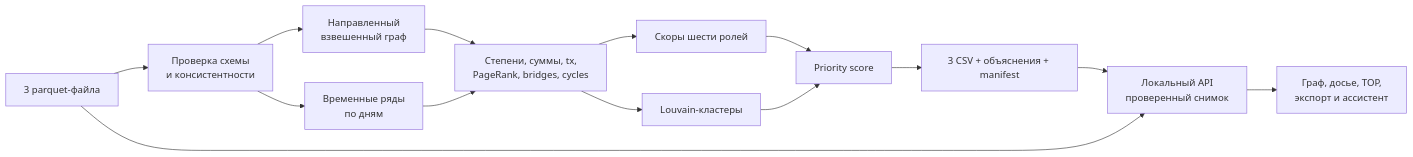
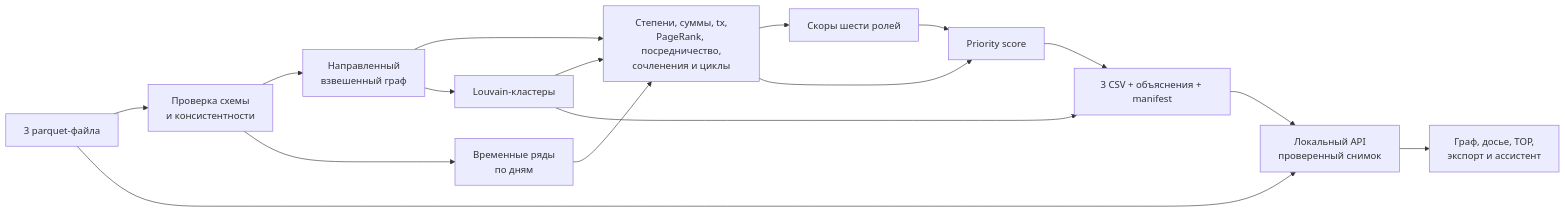
Before and after one commit to BAITC-Hacks/hack-0ac3a7a7-rmt: the diagram in README.md, drawn with Mermaid. The commit also changed other lines of this file and 1 other file, not shown here.

````diff
--- a/README.md
+++ b/README.md
@@ -88,16 +211,18 @@
 ```mermaid
 flowchart LR
     A[3 parquet-файла] --> B[Проверка схемы<br/>и консистентности]
     B --> C[Направленный<br/>взвешенный граф]
     B --> D[Временные ряды<br/>по дням]
-    C --> E[Степени, суммы, tx,<br/>PageRank, bridges, cycles]
+    C --> E[Степени, суммы, tx,<br/>PageRank, посредничество,<br/>сочленения и циклы]
+    C --> G[Louvain-кластеры]
+    G --> E
     D --> E
     E --> F[Скоры шести ролей]
-    E --> G[Louvain-кластеры]
     F --> H[Priority score]
-    G --> H
+    E --> H
     H --> I[3 CSV + объяснения + manifest]
+    G --> I
     I --> J[Локальный API<br/>проверенный снимок]
     A --> J
     J --> K[Граф, досье, TOP,<br/>экспорт и ассистент]
 ```
````
